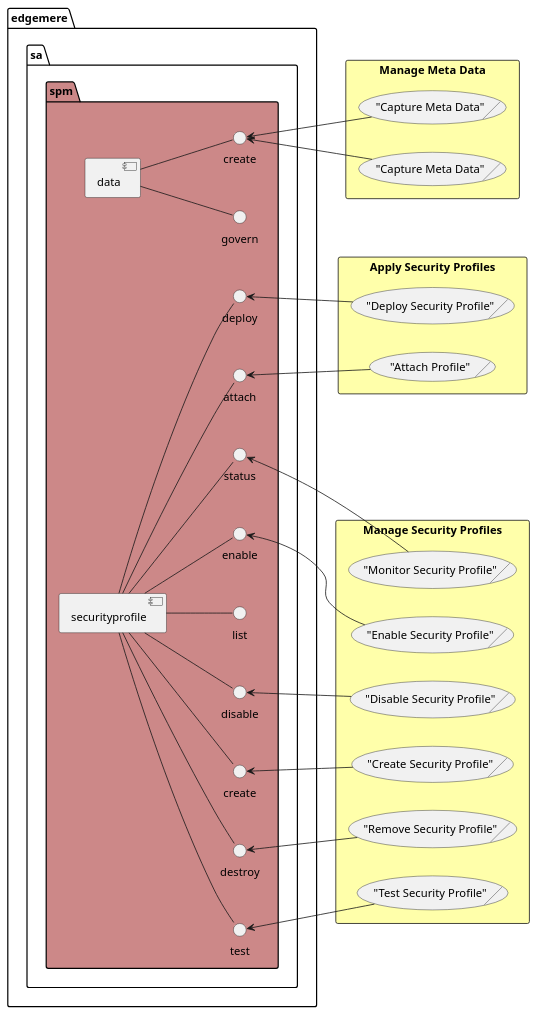
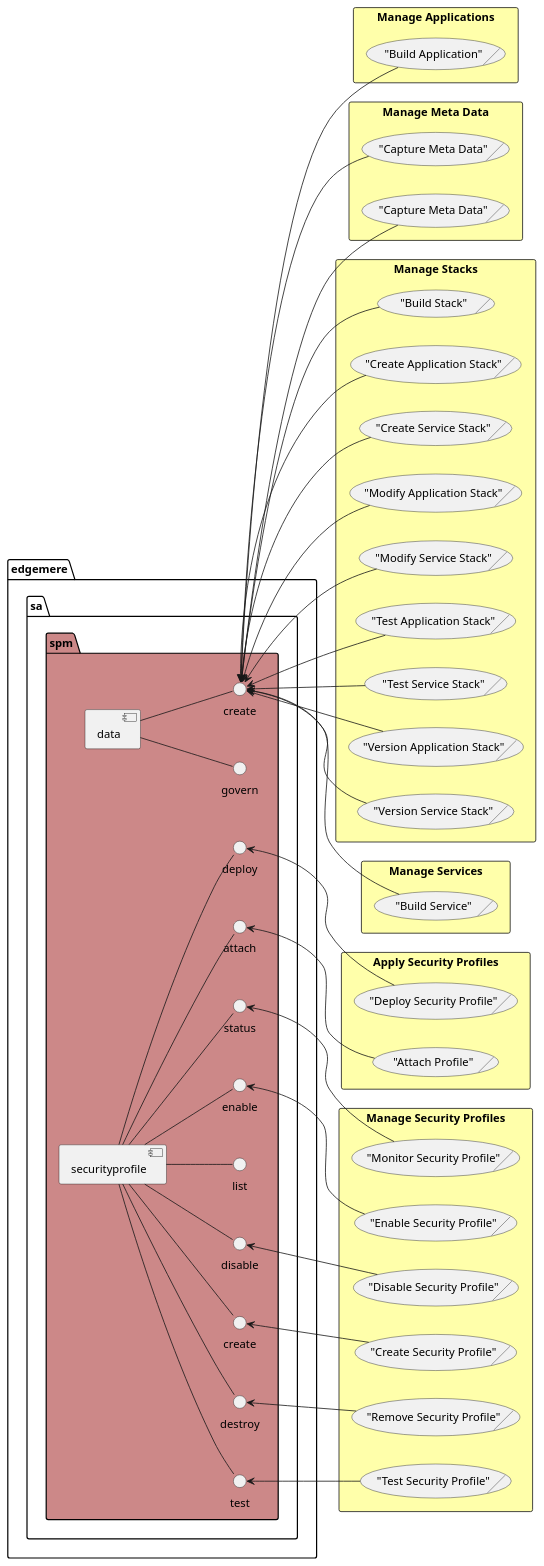
One commit to madajaju/edgemere changed the diagram in docs/edgemere/sa/spm/scenariomapping.puml. Above: the diagram before and after it, drawn with PlantUML. The commit also changed 72 other files, not shown here.

Commit message:
Added preliminary workflows the architecture

```diff
--- a/docs/edgemere/sa/spm/scenariomapping.puml
+++ b/docs/edgemere/sa/spm/scenariomapping.puml
@@ -126,6 +126,12 @@
 
 
 
+        rectangle "Manage Applications" as ManageApplications #ffffaa {
+            ("Build Application")/ as ActorManageApplicationsBuildApplication
+        }
+    
+    edgemeresaspmdatacreate <-- ActorManageApplicationsBuildApplication
+    
 
 
 
@@ -209,8 +215,68 @@
 
 
 
+        rectangle "Manage Stacks" as ManageStacks #ffffaa {
+            ("Build Stack")/ as ActorManageStacksBuildStack
+        }
+    
+    edgemeresaspmdatacreate <-- ActorManageStacksBuildStack
+    
+        rectangle "Manage Stacks" as ManageStacks #ffffaa {
+            ("Create Application Stack")/ as ActorManageStacksCreateApplicationStack
+        }
+    
+    edgemeresaspmdatacreate <-- ActorManageStacksCreateApplicationStack
+    
+        rectangle "Manage Stacks" as ManageStacks #ffffaa {
+            ("Create Service Stack")/ as ActorManageStacksCreateServiceStack
+        }
+    
+    edgemeresaspmdatacreate <-- ActorManageStacksCreateServiceStack
+    
+        rectangle "Manage Stacks" as ManageStacks #ffffaa {
+            ("Modify Application Stack")/ as ActorManageStacksModifyApplicationStack
+        }
+    
+    edgemeresaspmdatacreate <-- ActorManageStacksModifyApplicationStack
+    
+        rectangle "Manage Stacks" as ManageStacks #ffffaa {
+            ("Modify Service Stack")/ as ActorManageStacksModifyServiceStack
+        }
+    
+    edgemeresaspmdatacreate <-- ActorManageStacksModifyServiceStack
+    
+        rectangle "Manage Stacks" as ManageStacks #ffffaa {
+            ("Test Application Stack")/ as ActorManageStacksTestApplicationStack
+        }
+    
+    edgemeresaspmdatacreate <-- ActorManageStacksTestApplicationStack
+    
+        rectangle "Manage Stacks" as ManageStacks #ffffaa {
+            ("Test Service Stack")/ as ActorManageStacksTestServiceStack
+        }
+    
+    edgemeresaspmdatacreate <-- ActorManageStacksTestServiceStack
+    
+        rectangle "Manage Stacks" as ManageStacks #ffffaa {
+            ("Version Application Stack")/ as ActorManageStacksVersionApplicationStack
+        }
+    
+    edgemeresaspmdatacreate <-- ActorManageStacksVersionApplicationStack
+    
+        rectangle "Manage Stacks" as ManageStacks #ffffaa {
+            ("Version Service Stack")/ as ActorManageStacksVersionServiceStack
+        }
+    
+    edgemeresaspmdatacreate <-- ActorManageStacksVersionServiceStack
+    
 
 
 
+        rectangle "Manage Services" as ManageServices #ffffaa {
+            ("Build Service")/ as ActorManageServicesBuildService
+        }
+    
+    edgemeresaspmdatacreate <-- ActorManageServicesBuildService
+    
 
 @enduml
```
